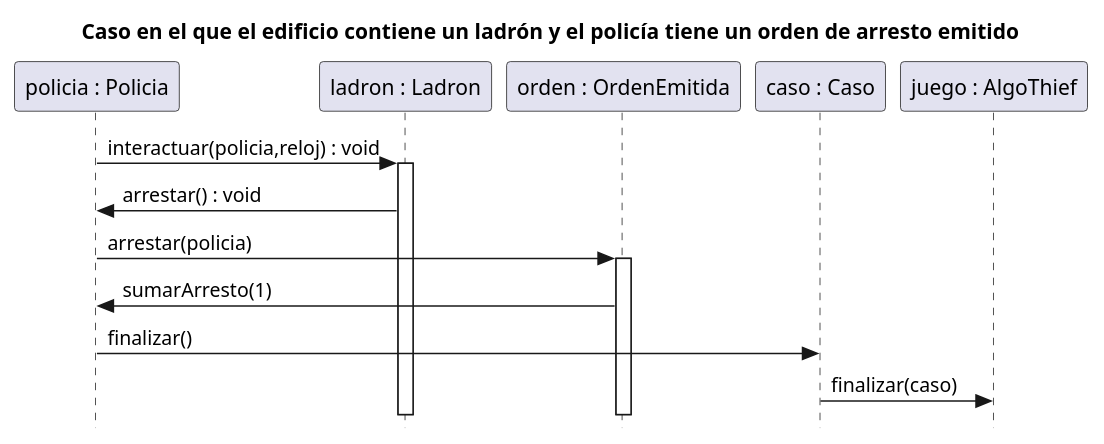
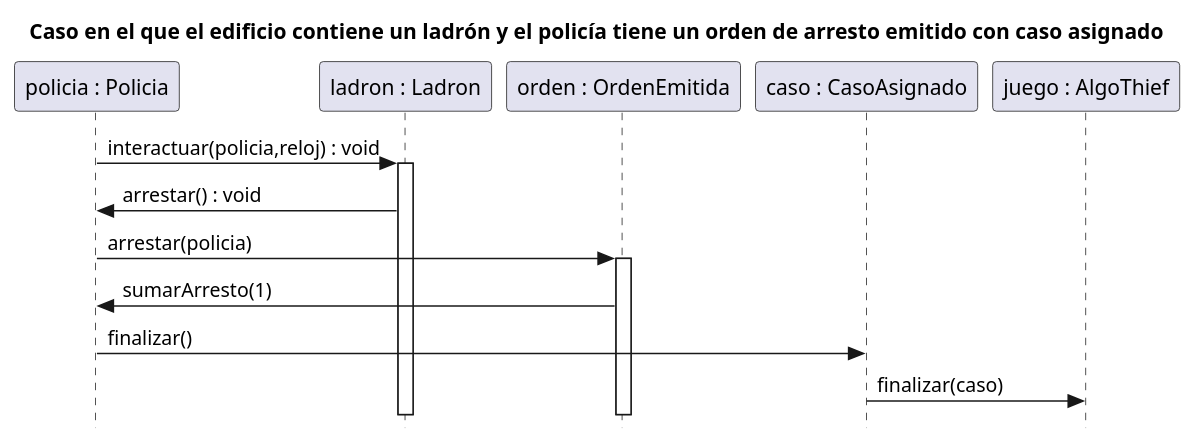
Before and after one commit to martinanus/algo3_tp2: the diagram in diagrams/sequences/PoliciaEncuentraAlLadronConUnaOrdenDeArrestoEmitida.puml, drawn with PlantUML.

Commit message:
Se modifica el caso asignado en le diagrama de secuencia

```diff
--- a/diagrams/sequences/PoliciaEncuentraAlLadronConUnaOrdenDeArrestoEmitida.puml
+++ b/diagrams/sequences/PoliciaEncuentraAlLadronConUnaOrdenDeArrestoEmitida.puml
@@ -1,20 +1,20 @@
 @startuml
 skinparam style strictuml
-title:  Caso en el que el edificio contiene un ladrón y el policía tiene un orden de arresto emitido
+title:  Caso en el que el edificio contiene un ladrón y el policía tiene un orden de arresto emitido con caso asignado
 
 participant "policia : Policia" as policia
 participant "ladron : Ladron" as ladron
 participant "orden : OrdenEmitida" as ordenArresto
-participant "caso : Caso" as caso
+participant "caso : CasoAsignado" as caso
 participant "juego : AlgoThief" as juego
 
 policia -> ladron : interactuar(policia,reloj) : void
 activate ladron
 ladron -> policia : arrestar() : void
 policia -> ordenArresto : arrestar(policia)
 activate ordenArresto
 ordenArresto -> policia: sumarArresto(1)
 policia -> caso:finalizar()
 caso -> juego:finalizar(caso)
 
 @enduml
```
